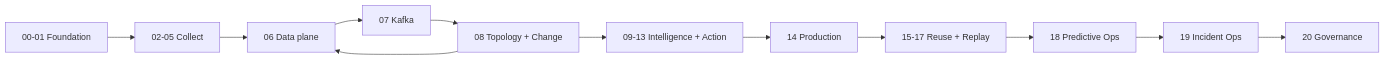
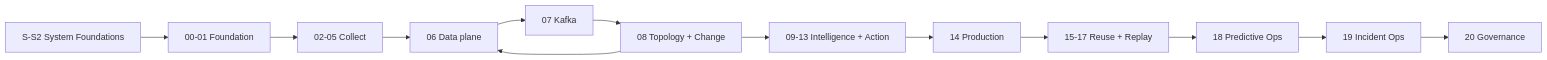
Before and after one commit to XUanhoa04/aiops-engineering-handbook: the diagram in docs/index.md, drawn with Mermaid. The commit also changed other lines of this file and 1 other file, not shown here.

````diff
--- a/docs/index.md
+++ b/docs/index.md
@@ -26,14 +26,15 @@
 ```mermaid
 graph LR
-    A[00-01 Foundation] --> B[02-05 Collect]
+    SF[S-S2 System Foundations] --> A[00-01 Foundation]
+    A --> B[02-05 Collect]
     B --> C[06 Data plane]
     C --> D[07 Kafka]
     D --> H[08 Topology + Change]
     H --> E[09-13 Intelligence + Action]
     E --> F[14 Production]
     F --> G[15-17 Reuse + Replay]
     G --> I[18 Predictive Ops]
     I --> J[19 Incident Ops]
     J --> K[20 Governance]
     H --> C
 ```
````
